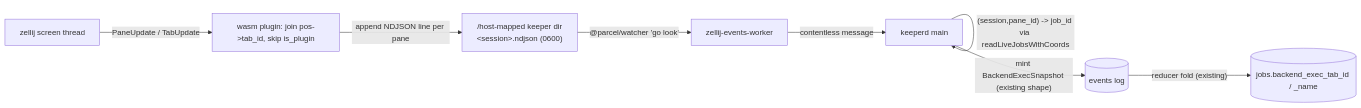
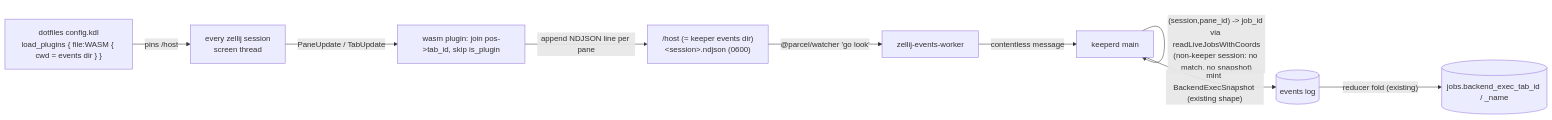
Before and after one commit to possibilities/keeper: the diagram in .planctl/specs/fn-684-zellij-event-bridge-plugin.md, drawn with Mermaid. The commit also changed other lines of this file and 9 other files, not shown here.

First line of the commit message:
chore(planctl): refine-apply fn-684-zellij-event-bridge-plugin

````diff
--- a/.planctl/specs/fn-684-zellij-event-bridge-plugin.md
+++ b/.planctl/specs/fn-684-zellij-event-bridge-plugin.md
@@ -61,10 +67,11 @@
 ```mermaid
 flowchart LR
-  ZJ[zellij screen thread] -- PaneUpdate / TabUpdate --> PL[wasm plugin: join pos->tab_id, skip is_plugin]
-  PL -- append NDJSON line per pane --> F["/host-mapped keeper dir<br/>&lt;session&gt;.ndjson (0600)"]
+  DF["dotfiles config.kdl<br/>load_plugins { file:WASM { cwd = events dir } }"] -- pins /host --> ZJ
+  ZJ[every zellij session<br/>screen thread] -- PaneUpdate / TabUpdate --> PL[wasm plugin: join pos->tab_id, skip is_plugin]
+  PL -- append NDJSON line per pane --> F["/host (= keeper events dir)<br/>&lt;session&gt;.ndjson (0600)"]
   F -- @parcel/watcher 'go look' --> W[zellij-events-worker]
   W -- contentless message --> M[keeperd main]
-  M -- "(session,pane_id) -> job_id via readLiveJobsWithCoords" --> M
+  M -- "(session,pane_id) -> job_id via readLiveJobsWithCoords<br/>(non-keeper session: no match, no snapshot)" --> M
   M -- mint BackendExecSnapshot (existing shape) --> EV[(events log)]
   EV -- reducer fold (existing) --> J[(jobs.backend_exec_tab_id / _name)]
 ```
````
